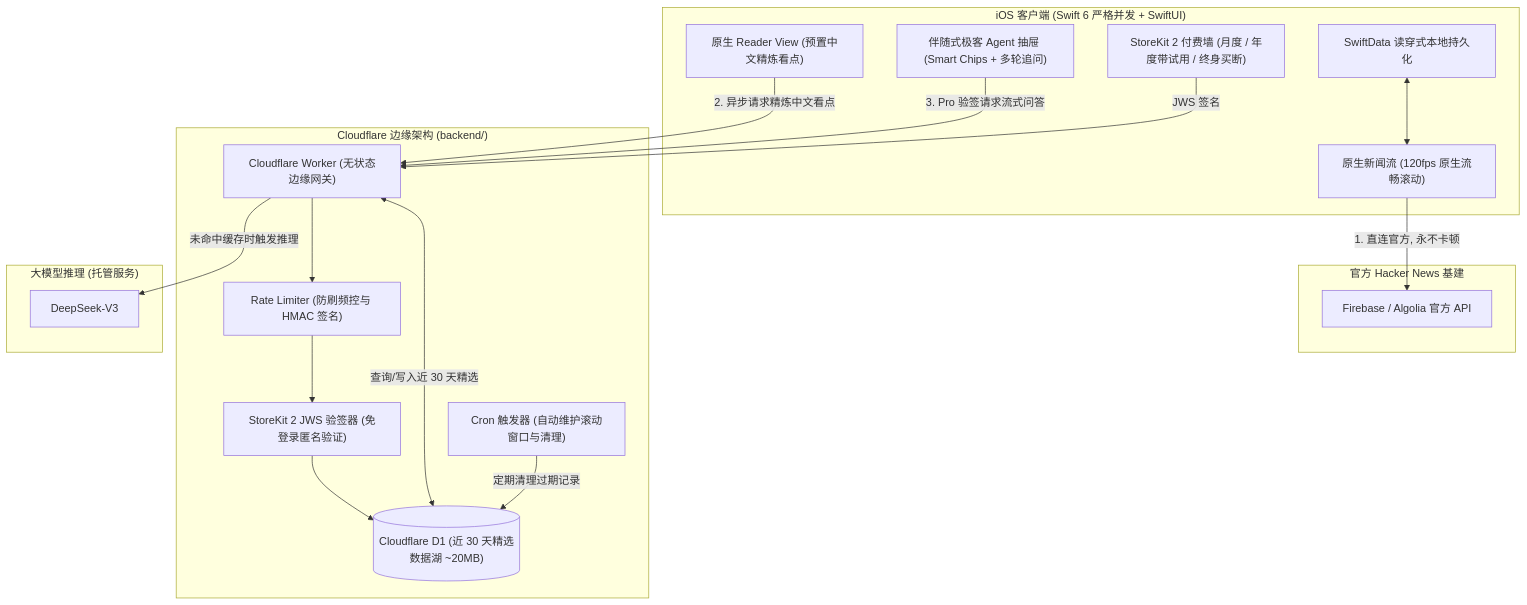
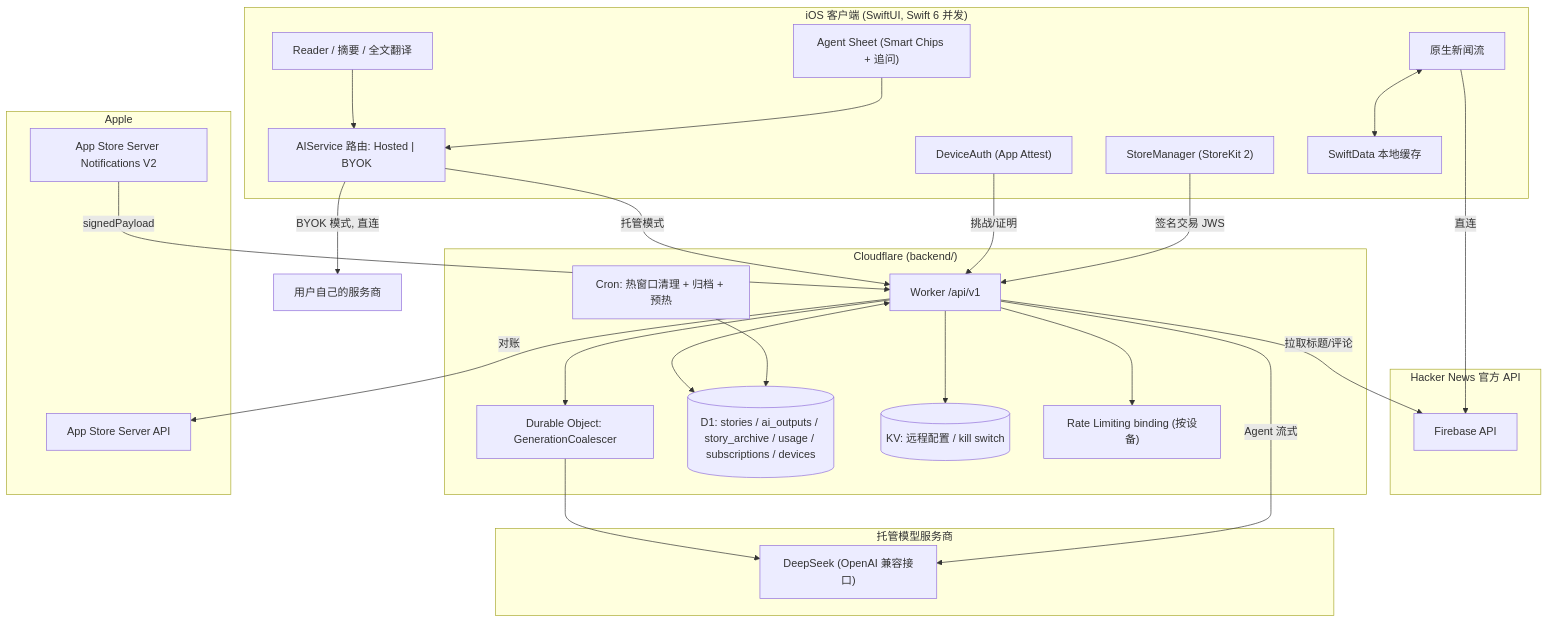
Before and after one commit to corlin/HNEveryDay: the diagram in docs/PRO_PAYWALL_AND_BACKEND_SPEC.md, drawn with Mermaid. The commit also changed other lines of this file and 1 other file, not shown here.

First line of the commit message:
docs: revise Pro paywall/backend RFC to v0.2 draft and amend constitution to v2.0.0

````diff
--- a/docs/PRO_PAYWALL_AND_BACKEND_SPEC.md
+++ b/docs/PRO_PAYWALL_AND_BACKEND_SPEC.md
@@ -44,39 +63,54 @@
 ```mermaid
 flowchart TD
-    subgraph iOS_App ["iOS 客户端 (Swift 6 严格并发 + SwiftUI)"]
-        Feed["原生新闻流 (120fps 原生流畅滚动)"]
-        Reader["原生 Reader View (预置中文精炼看点)"]
-        AgentDrawer["伴随式极客 Agent 抽屉 (Smart Chips + 多轮追问)"]
-        LocalCache["SwiftData 读穿式本地持久化"]
-        Paywall["StoreKit 2 付费墙 (月度 / 年度带试用 / 终身买断)"]
+    subgraph iOS_App ["iOS 客户端 (SwiftUI, Swift 6 并发)"]
+        Feed["原生新闻流"]
+        Reader["Reader / 摘要 / 全文翻译"]
+        Agent["Agent Sheet (Smart Chips + 追问)"]
+        Router["AIService 路由: Hosted | BYOK"]
+        Attest["DeviceAuth (App Attest)"]
+        Store["StoreManager (StoreKit 2)"]
+        Local["SwiftData 本地缓存"]
     end
 
-    subgraph Official_HN ["官方 Hacker News 基建"]
-        HN_API["Firebase / Algolia 官方 API"]
+    subgraph HN ["Hacker News 官方 API"]
+        HNAPI["Firebase API"]
     end
 
-    subgraph Cloudflare_Infra ["Cloudflare 边缘架构 (backend/)"]
-        Worker["Cloudflare Worker (无状态边缘网关)"]
-        D1[("Cloudflare D1 (近 30 天精选数据湖 ~20MB)")]
-        Cron["Cron 触发器 (自动维护滚动窗口与清理)"]
-        RateLimit["Rate Limiter (防刷频控与 HMAC 签名)"]
-        JWS["StoreKit 2 JWS 验签器 (免登录匿名验证)"]
+    subgraph CF ["Cloudflare (backend/)"]
+        Worker["Worker /api/v1"]
+        DO["Durable Object: GenerationCoalescer"]
+        D1[("D1: stories / ai_outputs / story_archive / usage / subscriptions / devices")]
+        KV[("KV: 远程配置 / kill switch")]
+        Cron["Cron: 热窗口清理 + 归档 + 预热"]
+        RL["Rate Limiting binding (按设备)"]
     end
 
-    subgraph AI_Engine ["大模型推理 (托管服务)"]
-        DS["DeepSeek-V3"]
+    subgraph LLM ["托管模型服务商"]
+        DS["DeepSeek (OpenAI 兼容接口)"]
     end
 
-    Feed -->|1. 直连官方, 永不卡顿| HN_API
-    LocalCache <--> Feed
-    Reader -->|2. 异步请求精炼中文看点| Worker
-    AgentDrawer -->|3. Pro 验签请求流式问答| Worker
-    Paywall -->|JWS 签名| Worker
+    subgraph Apple ["Apple"]
+        ASN["App Store Server Notifications V2"]
+        ASA["App Store Server API"]
+    end
 
-    Worker --> RateLimit
-    RateLimit --> JWS
-    JWS --> D1
-    Worker <-->|查询/写入近 30 天精选| D1
-    Cron -->|定期清理过期记录| D1
-    Worker -->|未命中缓存时触发推理| DS
+    Feed -->|直连| HNAPI
+    Feed <--> Local
+    Reader --> Router
+    Agent --> Router
+    Router -->|托管模式| Worker
+    Router -->|BYOK 模式, 直连| UserLLM["用户自己的服务商"]
+    Attest -->|挑战/证明| Worker
+    Store -->|签名交易 JWS| Worker
+
+    Worker --> RL
+    Worker <--> D1
+    Worker --> KV
+    Worker --> DO
+    DO --> DS
+    Worker -->|Agent 流式| DS
+    Worker -->|拉取标题/评论| HNAPI
+    Cron --> D1
+    ASN -->|signedPayload| Worker
+    Worker -->|对账| ASA
 ```
````
